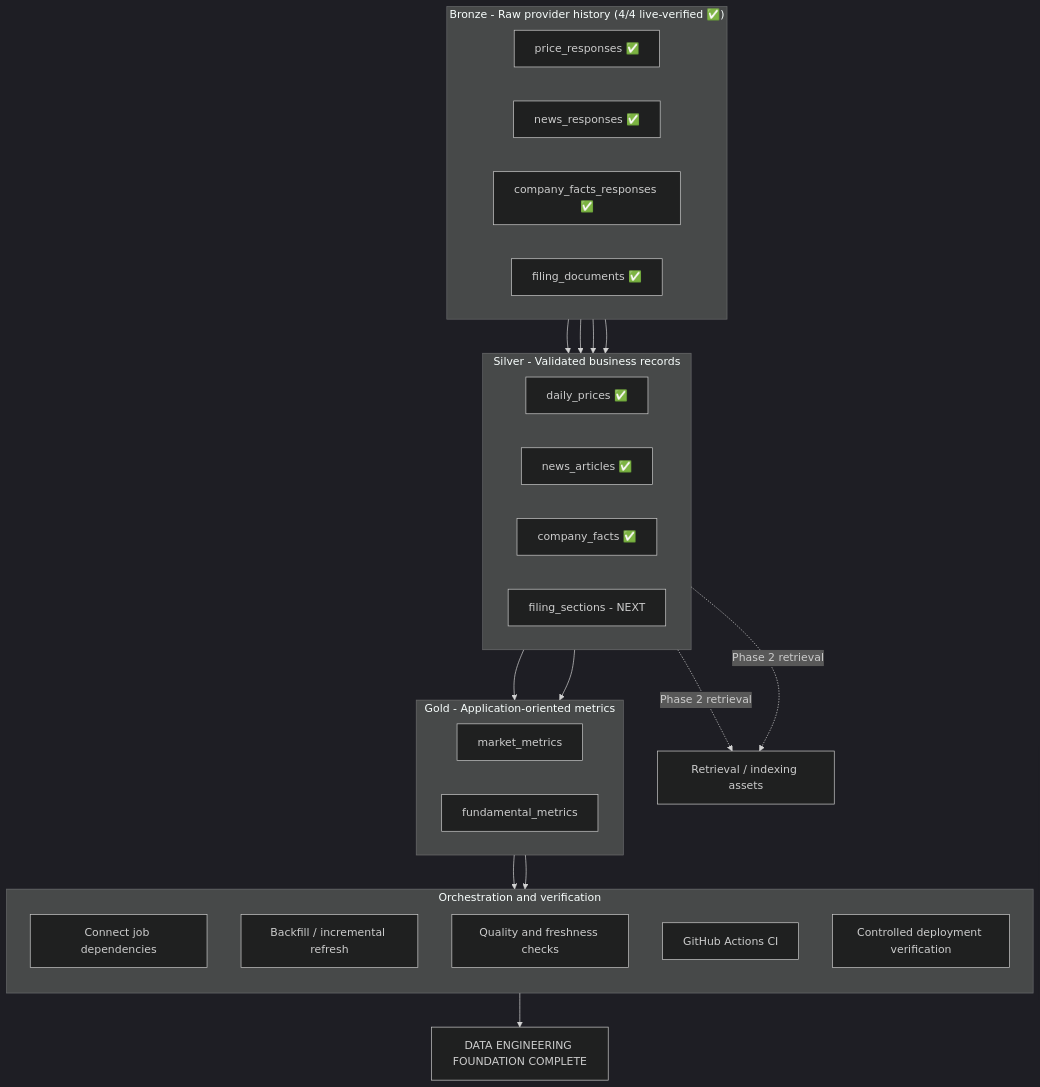
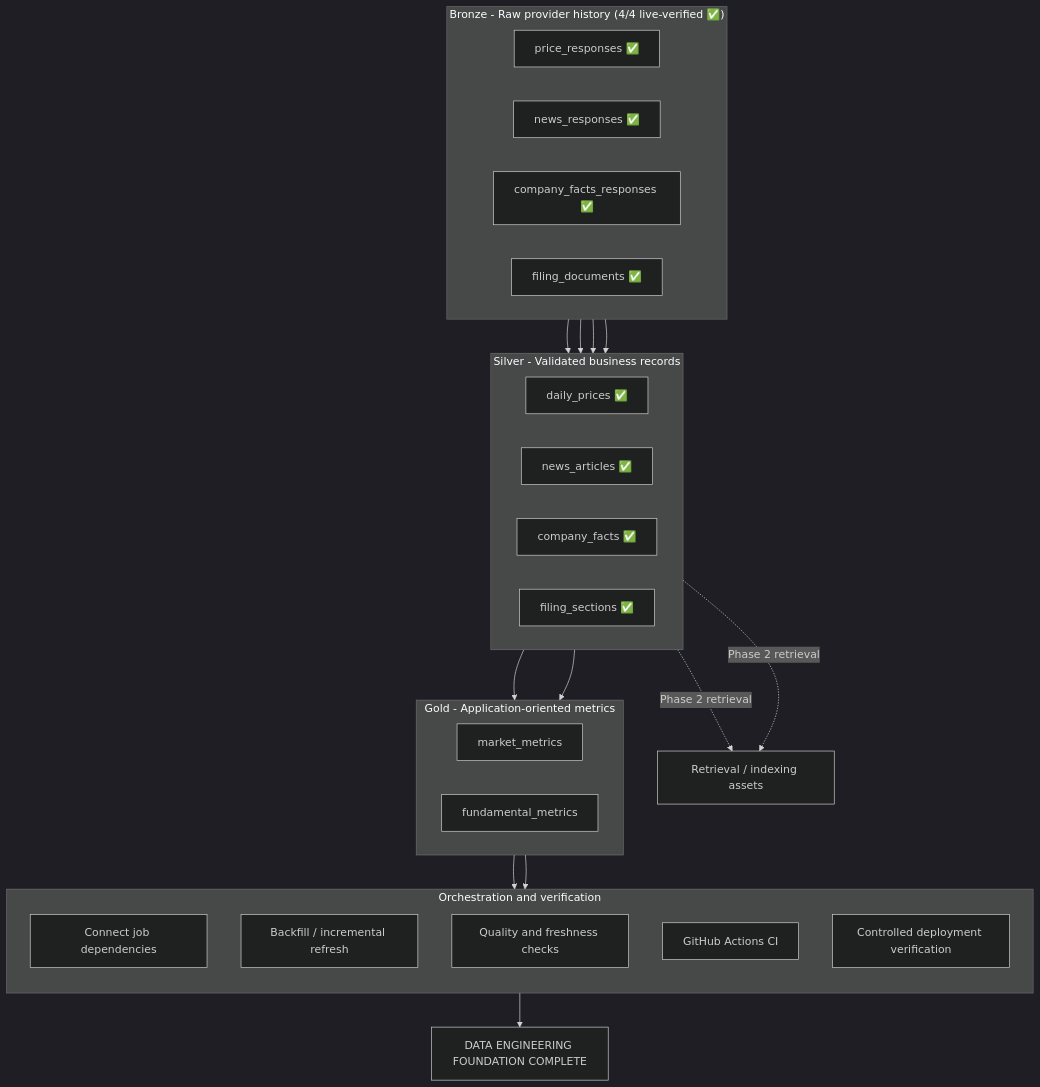
One commit to maghdam/multi-agent-equity-research-system-on-databricks changed the first of 2 diagrams in PLAN.md. Above: the diagram before and after it, drawn with Mermaid (dark theme). The commit also changed other lines of this file and 6 other files, not shown here.

Commit message:
feat: add Silver filing sections transformation

````diff
--- a/PLAN.md
+++ b/PLAN.md
@@ -15,49 +15,49 @@
 ```mermaid
 flowchart TB
     subgraph B["Bronze - Raw provider history (4/4 live-verified ✅)"]
         direction LR
         B1["price_responses ✅"]
         B2["news_responses ✅"]
         B3["company_facts_responses ✅"]
         B4["filing_documents ✅"]
     end
 
     subgraph S["Silver - Validated business records"]
         direction LR
         S1["daily_prices ✅"]
         S2["news_articles ✅"]
         S3["company_facts ✅"]
-        S4["filing_sections - NEXT"]
+        S4["filing_sections ✅"]
     end
 
     B1 --> S1
     B2 --> S2
     B3 --> S3
     B4 --> S4
 
     subgraph G["Gold - Application-oriented metrics"]
         direction LR
         G1["market_metrics"]
         G2["fundamental_metrics"]
     end
 
     S1 --> G1
     S3 --> G2
 
     S2 -. "Phase 2 retrieval" .-> R["Retrieval / indexing assets"]
     S4 -. "Phase 2 retrieval" .-> R
 
     G1 --> O
     G2 --> O
 
     subgraph O["Orchestration and verification"]
         direction TB
         O1["Connect job dependencies"]
         O2["Backfill / incremental refresh"]
         O3["Quality and freshness checks"]
         O4["GitHub Actions CI"]
         O5["Controlled deployment verification"]
     end
 
     O --> F["DATA ENGINEERING FOUNDATION COMPLETE"]
 ```
````
